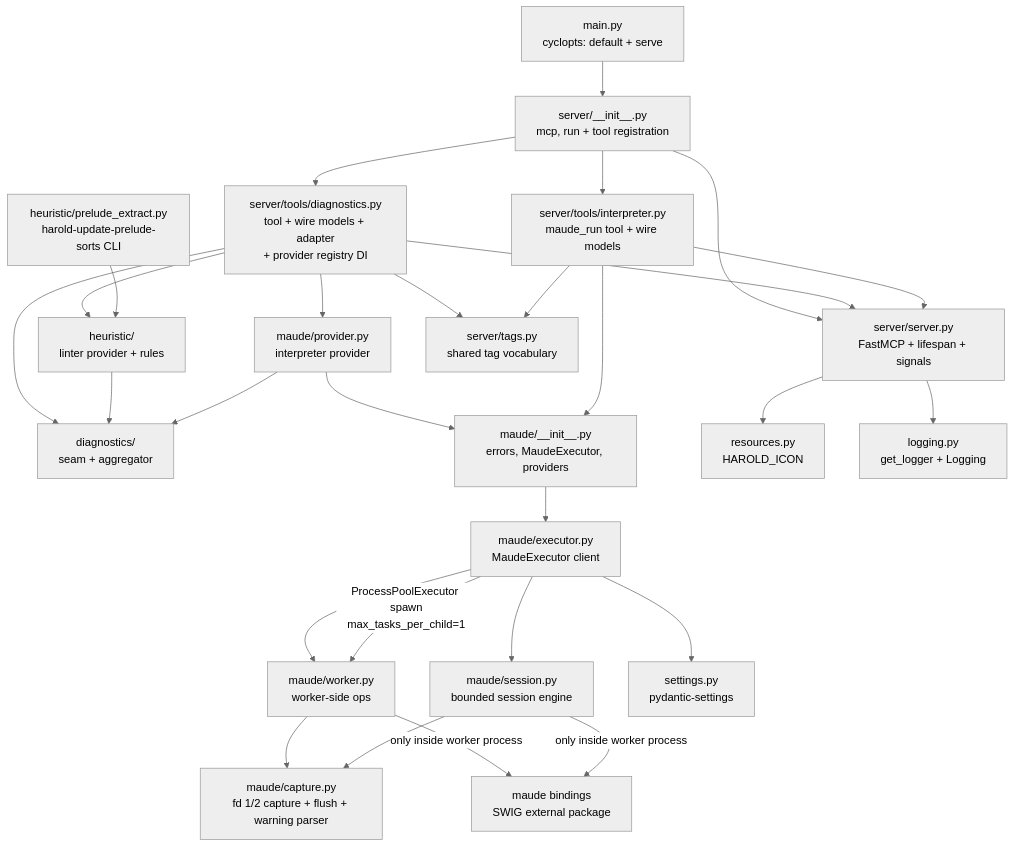
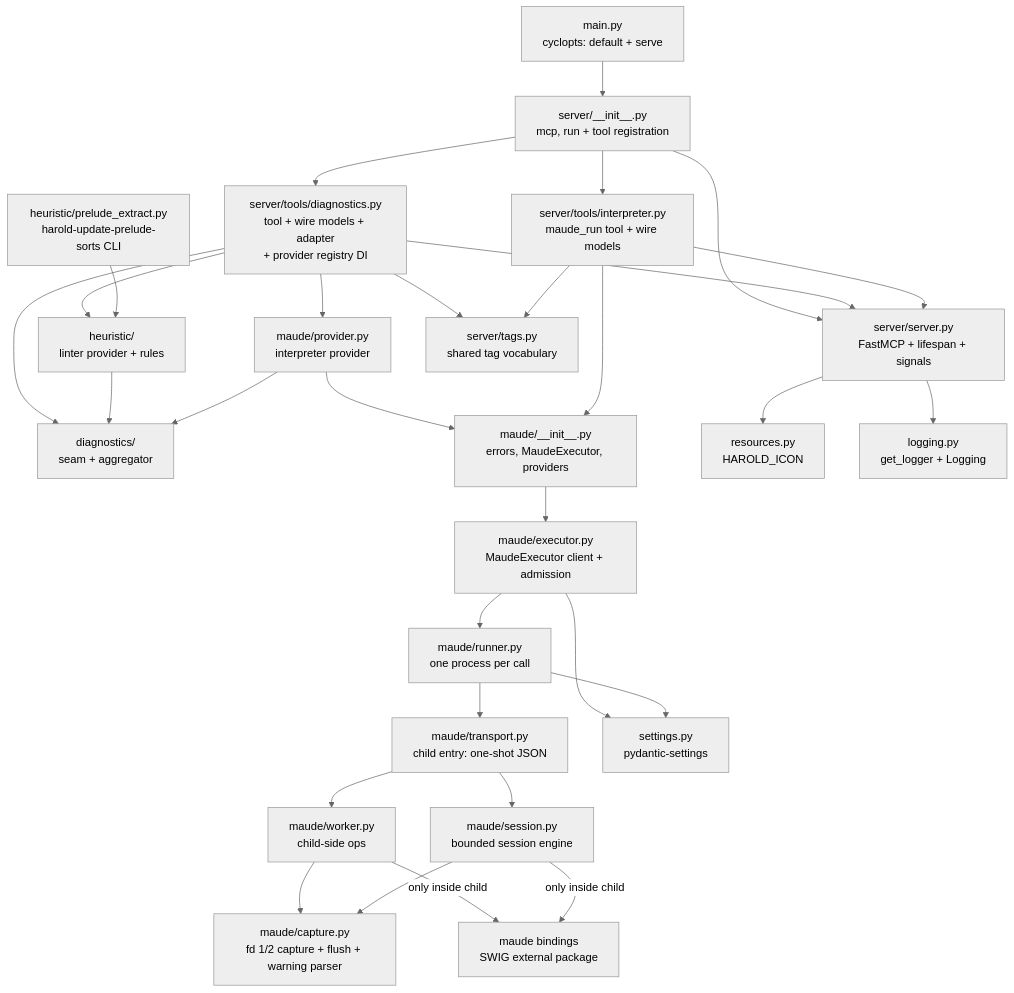
Before and after one commit to demiourgoi/Harold: the first of 2 diagrams in harold-mcp/.agents/summary/architecture.md, drawn with Mermaid (neutral theme). The commit also changed other lines of this file and 17 other files, not shown here.

````diff
--- a/harold-mcp/.agents/summary/architecture.md
+++ b/harold-mcp/.agents/summary/architecture.md
@@ -40,32 +42,34 @@
 ```mermaid
 graph TB
     main[main.py<br>cyclopts: default + serve] --> serverpkg[server/__init__.py<br>mcp, run + tool registration]
     serverpkg --> serversrv[server/server.py<br>FastMCP + lifespan + signals]
     tools[server/tools/diagnostics.py<br>tool + wire models + adapter<br>+ provider registry DI]
     ertool[server/tools/interpreter.py<br>maude_run tool + wire models]
     serverpkg --> tools
     serverpkg --> ertool
     tools --> diagpkg[diagnostics/<br>seam + aggregator]
     tools --> heurpkg[heuristic/<br>linter provider + rules]
     tools --> maudeprov[maude/provider.py<br>interpreter provider]
     tools --> serversrv
     ertool --> serversrv
     tools --> tags[server/tags.py<br>shared tag vocabulary]
     ertool --> tags
     heurpkg --> diagpkg
     maudeprov --> diagpkg
     maudeprov --> maudepkg[maude/__init__.py<br>errors, MaudeExecutor, providers]
     ertool --> maudepkg
-    maudepkg --> executor[maude/executor.py<br>MaudeExecutor client]
-    executor --> worker[maude/worker.py<br>worker-side ops]
-    executor --> session[maude/session.py<br>bounded session engine]
+    maudepkg --> executor[maude/executor.py<br>MaudeExecutor client + admission]
+    executor --> runner[maude/runner.py<br>one process per call]
+    runner --> transport[maude/transport.py<br>child entry: one-shot JSON]
+    executor --> settings[settings.py<br>pydantic-settings]
+    runner --> settings
+    transport --> worker[maude/worker.py<br>child-side ops]
+    transport --> session[maude/session.py<br>bounded session engine]
     worker --> capture[maude/capture.py<br>fd 1/2 capture + flush + warning parser]
     session --> capture
-    executor --> settings[settings.py<br>pydantic-settings]
-    worker -->|only inside worker process| bindings[maude bindings<br>SWIG external package]
-    session -->|only inside worker process| bindings
-    executor -->|ProcessPoolExecutor spawn<br>max_tasks_per_child=1| worker
+    worker -->|only inside child| bindings[maude bindings<br>SWIG external package]
+    session -->|only inside child| bindings
     cli[heuristic/prelude_extract.py<br>harold-update-prelude-sorts CLI] --> heurpkg
     serversrv --> resources[resources.py<br>HAROLD_ICON]
     serversrv --> logging[logging.py<br>get_logger + Logging]
 ```
````
